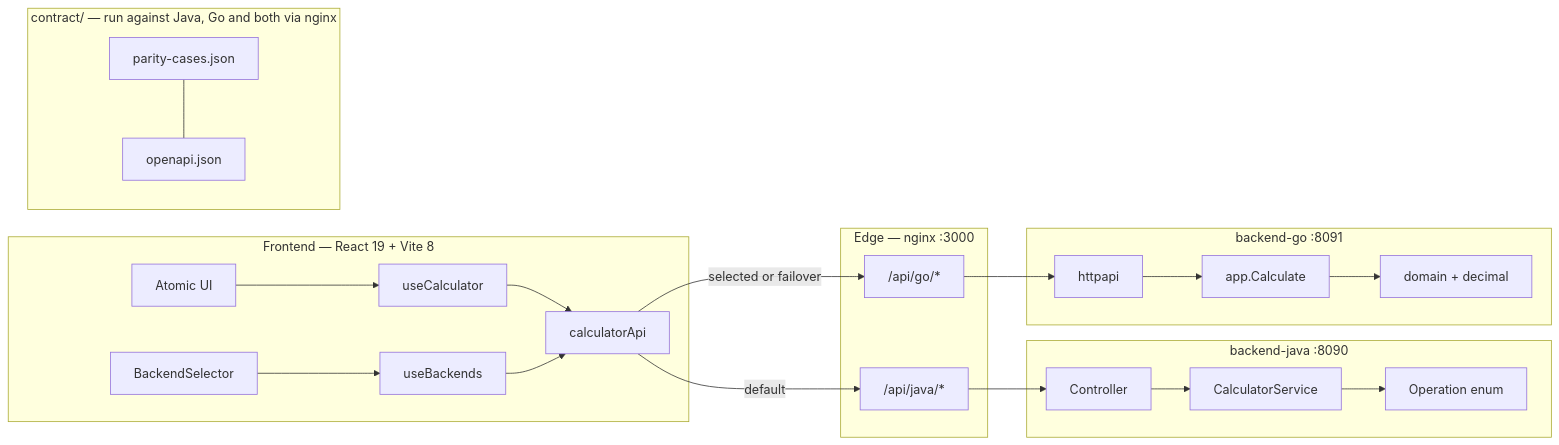
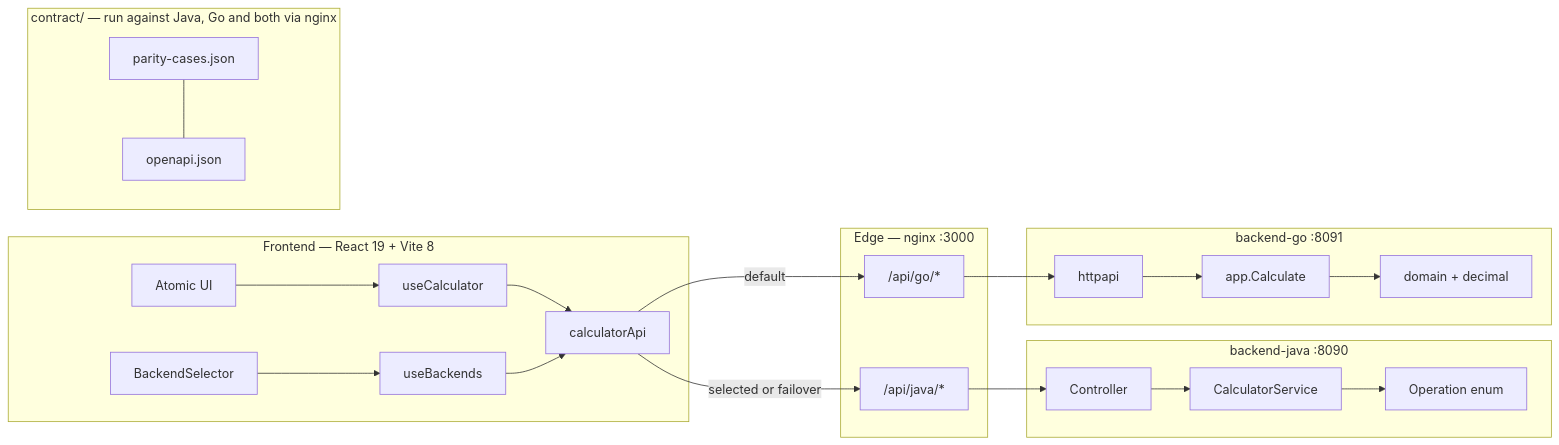
The diagram in .ai/diagrams/architecture-overview.mmd (pabloandresgallardo/sezzle-calculator), drawn with Mermaid before and after one commit. The commit also changed 110 other files, not shown here.

```diff
--- a/.ai/diagrams/architecture-overview.mmd
+++ b/.ai/diagrams/architecture-overview.mmd
@@ -1,26 +1,26 @@
 graph LR
   subgraph FE["Frontend — React 19 + Vite 8"]
     UI[Atomic UI] --> Hook[useCalculator]
     Sel[BackendSelector] --> Back[useBackends]
     Hook --> Api[calculatorApi]
     Back --> Api
   end
   subgraph EDGE["Edge — nginx :3000"]
     PJ["/api/java/*"]
     PG["/api/go/*"]
   end
   subgraph JAVA["backend-java :8090"]
     JC[Controller] --> JS[CalculatorService]
     JS --> JD[Operation enum]
   end
   subgraph GO["backend-go :8091"]
     GH[httpapi] --> GA[app.Calculate]
     GA --> GD[domain + decimal]
   end
   subgraph CONTRACT["contract/ — run against Java, Go and both via nginx"]
     PC[parity-cases.json] --- OA[openapi.json]
   end
-  Api -->|default| PJ
-  Api -->|selected or failover| PG
+  Api -->|selected or failover| PJ
+  Api -->|default| PG
   PJ --> JC
   PG --> GH
```
